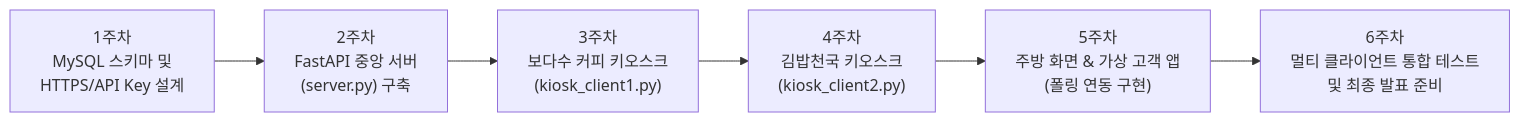
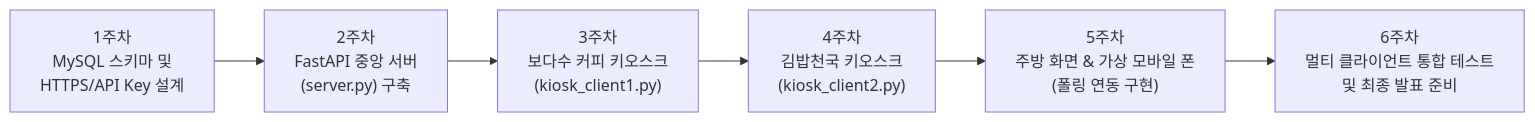
The second of 2 diagrams in PLAN.md (bodasoo/bds-kiosk), drawn with Mermaid before and after one commit. The commit also changed other lines of this file and 1 other file, not shown here.

````diff
--- a/PLAN.md
+++ b/PLAN.md
@@ -176,8 +176,8 @@
 ```mermaid
 flowchart LR
     W1["1주차<br/>MySQL 스키마 및<br/>HTTPS/API Key 설계"] --> W2["2주차<br/>FastAPI 중앙 서버<br/>(server.py) 구축"]
     W2 --> W3["3주차<br/>보다수 커피 키오스크<br/>(kiosk_client1.py)"]
     W3 --> W4["4주차<br/>김밥천국 키오스크<br/>(kiosk_client2.py)"]
-    W4 --> W5["5주차<br/>주방 화면 & 가상 고객 앱<br/>(폴링 연동 구현)"]
+    W4 --> W5["5주차<br/>주방 화면 & 가상 모바일 폰<br/>(폴링 연동 구현)"]
     W5 --> W6["6주차<br/>멀티 클라이언트 통합 테스트<br/>및 최종 발표 준비"]
 ```
````
